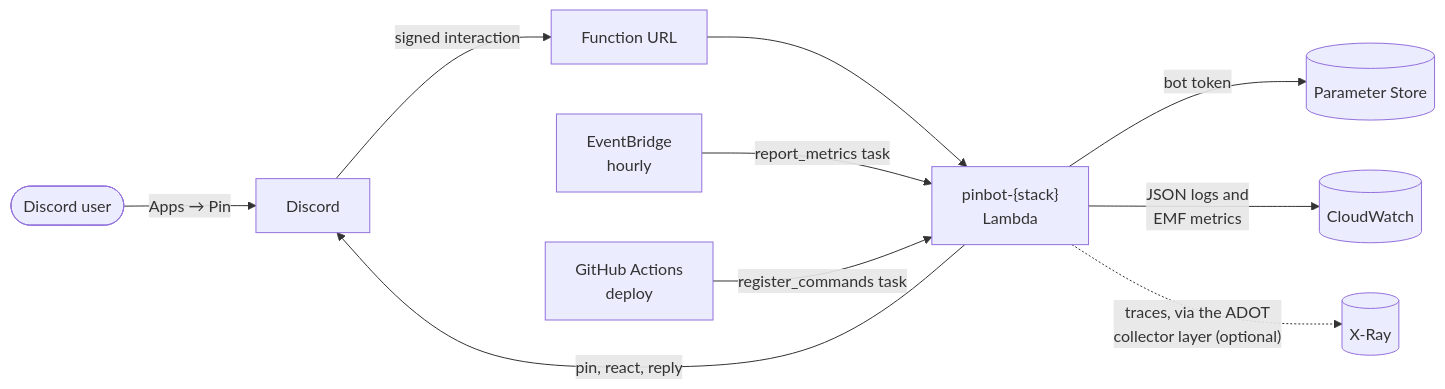
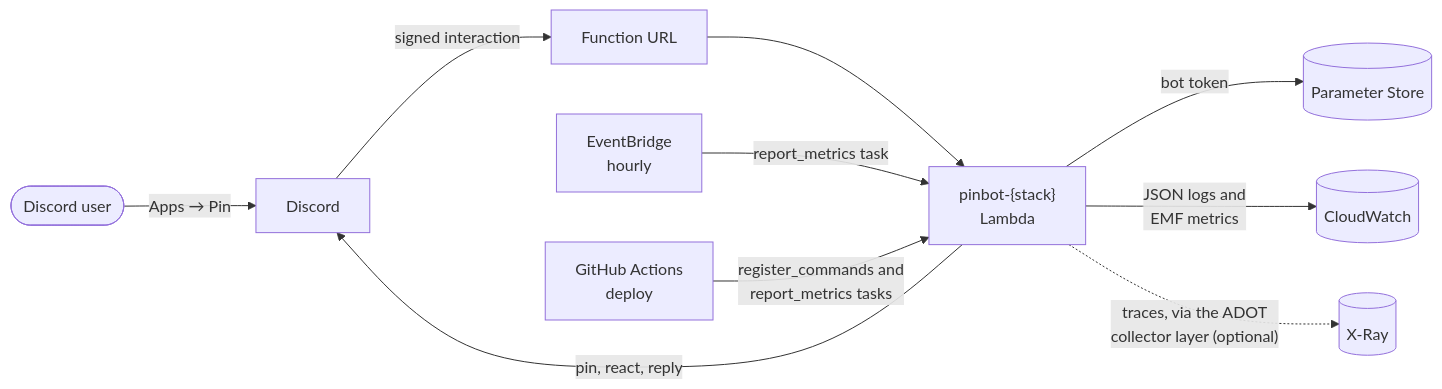
The first of 3 diagrams in README.md (elliotwms/pinbot-lambda), drawn with Mermaid before and after one commit. The commit also changed other lines of this file and 2 other files, not shown here.

First line of the commit message:
ci: report metrics after each deploy (#70)

````diff
--- a/README.md
+++ b/README.md
@@ -47,12 +47,12 @@
 ```mermaid
 flowchart LR
     user(["Discord user"]) -- "Apps → Pin" --> discord["Discord"]
     discord -- "signed interaction" --> url["Function URL"]
     url --> fn["pinbot-{stack}<br/>Lambda"]
     fn -- "bot token" --> ssm[("Parameter Store")]
     fn -- "pin, react, reply" --> discord
     fn -- "JSON logs and<br/>EMF metrics" --> cw[("CloudWatch")]
     fn -. "traces, via the ADOT<br/>collector layer (optional)" .-> xray[("X-Ray")]
     schedule["EventBridge<br/>hourly"] -- "report_metrics task" --> fn
-    deploy["GitHub Actions<br/>deploy"] -- "register_commands task" --> fn
+    deploy["GitHub Actions<br/>deploy"] -- "register_commands and<br/>report_metrics tasks" --> fn
 ```
````
